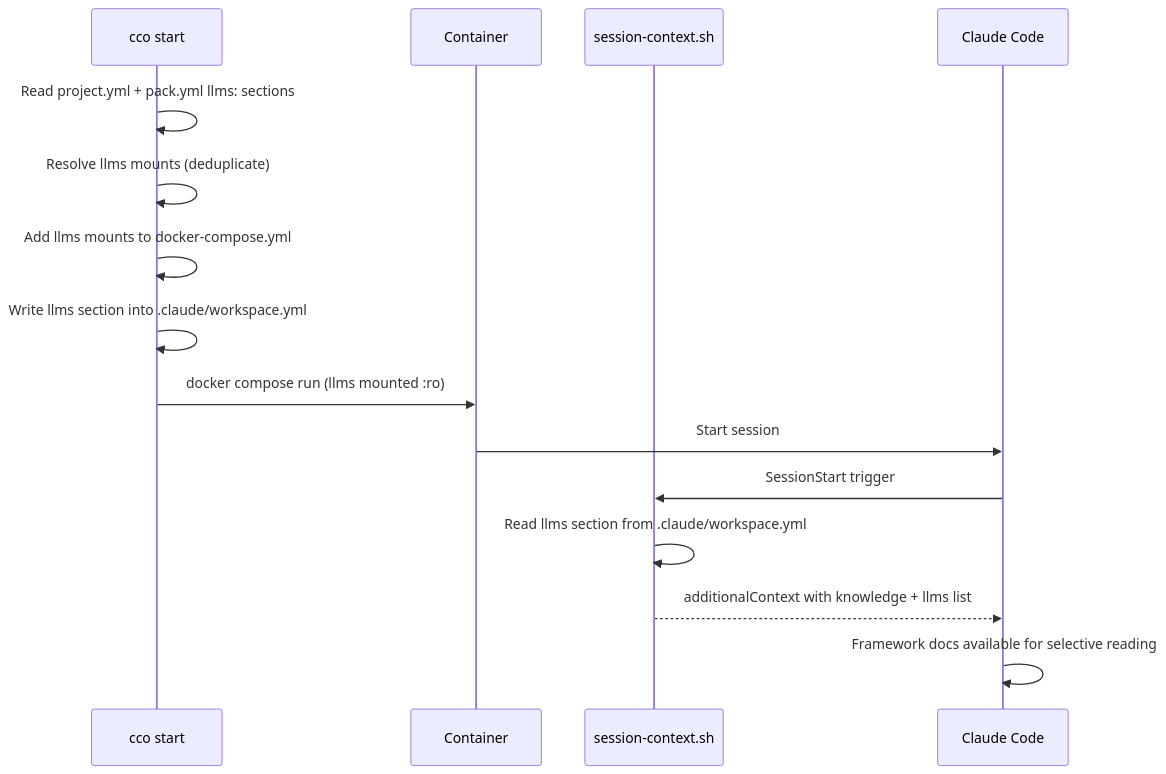
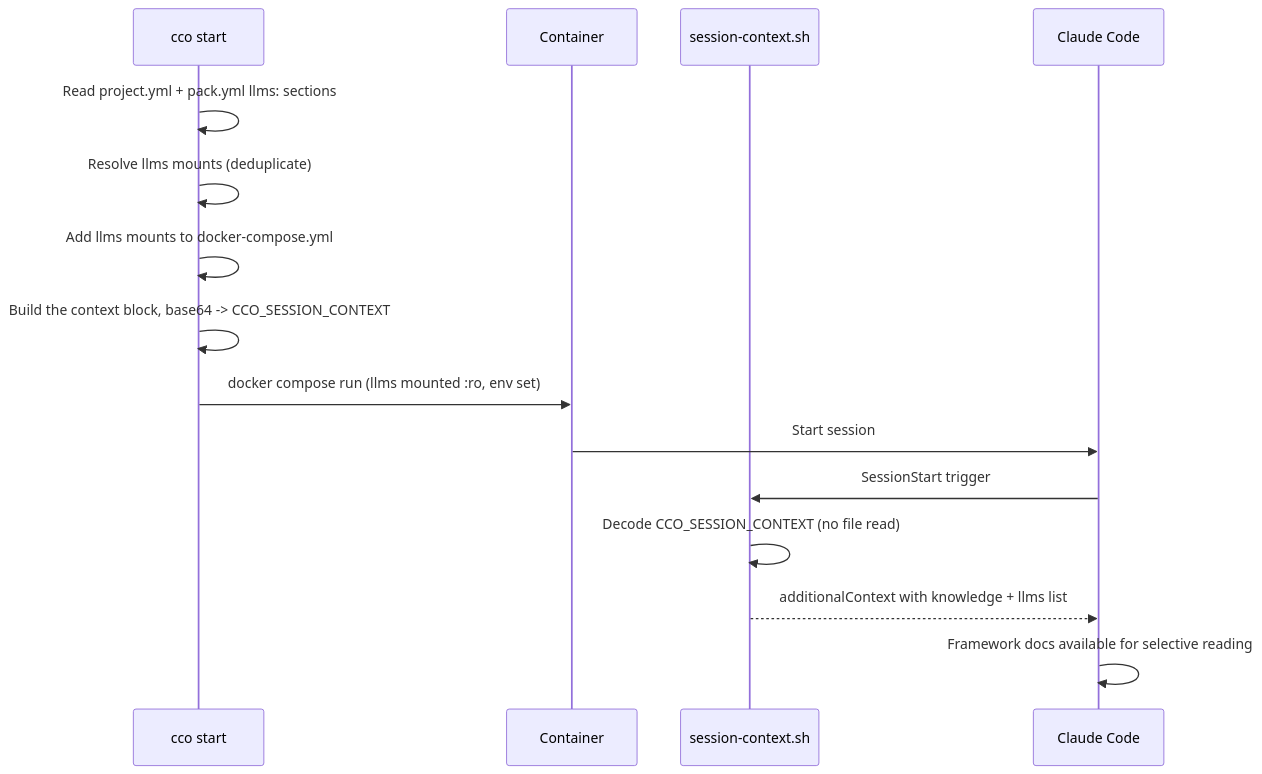
The second of 2 diagrams in docs/maintainers/configuration/llms/design/design-llms.md (alergyonthestage/claude-orchestrator), drawn with Mermaid before and after one commit. The commit also changed other lines of this file, not shown here.

First line of the commit message:
docs(llms): the url coordinate is mandatory, and repos carry no host path

````diff
--- a/docs/maintainers/configuration/llms/design/design-llms.md
+++ b/docs/maintainers/configuration/llms/design/design-llms.md
@@ -403,18 +446,18 @@
 ```mermaid
 sequenceDiagram
     participant CLI as cco start
     participant Docker as Container
     participant Hook as session-context.sh
     participant Claude as Claude Code
 
     CLI->>CLI: Read project.yml + pack.yml llms: sections
     CLI->>CLI: Resolve llms mounts (deduplicate)
     CLI->>CLI: Add llms mounts to docker-compose.yml
-    CLI->>CLI: Write llms section into .claude/workspace.yml
-    CLI->>Docker: docker compose run (llms mounted :ro)
+    CLI->>CLI: Build the context block, base64 -> CCO_SESSION_CONTEXT
+    CLI->>Docker: docker compose run (llms mounted :ro, env set)
     Docker->>Claude: Start session
     Claude->>Hook: SessionStart trigger
-    Hook->>Hook: Read llms section from .claude/workspace.yml
+    Hook->>Hook: Decode CCO_SESSION_CONTEXT (no file read)
     Hook-->>Claude: additionalContext with knowledge + llms list
     Claude->>Claude: Framework docs available for selective reading
 ```
````
